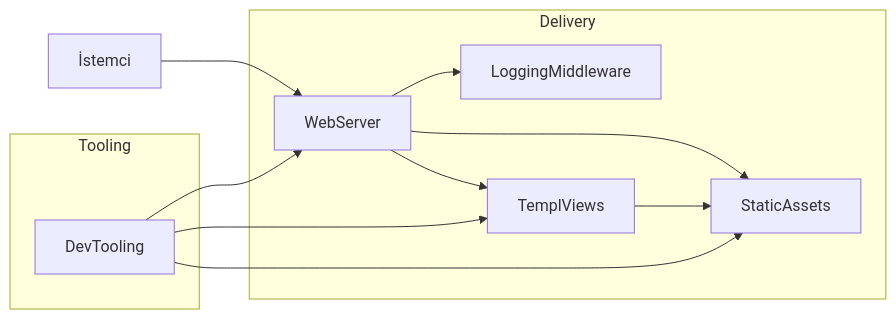
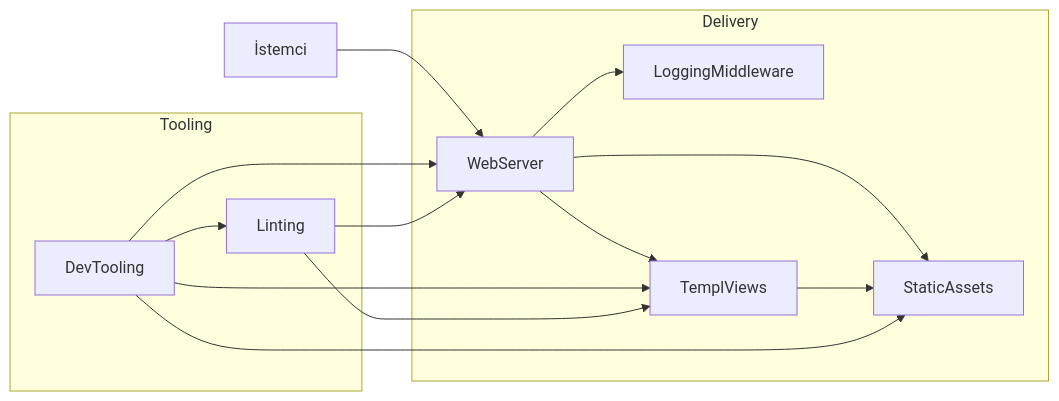
Before and after one commit to ozkansen/ozkansen.com: the first of 3 diagrams in docs/wiki/Index.md, drawn with Mermaid. The commit also changed other lines of this file and 3 other files, not shown here.

````diff
--- a/docs/wiki/Index.md
+++ b/docs/wiki/Index.md
@@ -11,22 +11,26 @@
 ```mermaid
 flowchart LR
     subgraph Delivery
         WebServer
         LoggingMiddleware
         TemplViews
         StaticAssets
     end
 
     subgraph Tooling
         DevTooling
+        Linting
     end
 
     Client[İstemci] --> WebServer
     WebServer --> LoggingMiddleware
     WebServer --> TemplViews
     WebServer --> StaticAssets
     TemplViews --> StaticAssets
     DevTooling --> TemplViews
     DevTooling --> StaticAssets
     DevTooling --> WebServer
+    DevTooling --> Linting
+    Linting --> WebServer
+    Linting --> TemplViews
 ```
````
